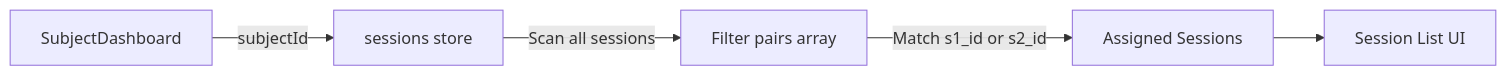
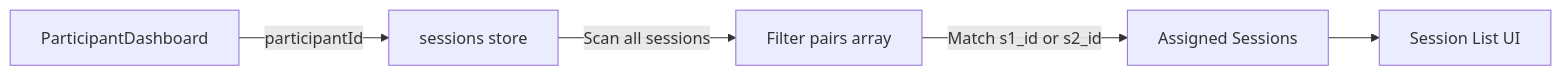
One commit to Open-Science-Blockchain-Economics/bx-hive changed the seventh of 11 diagrams in docs/reference-docs/data-architecture.md. Above: the diagram before and after it, drawn with Mermaid. The commit also changed other lines of this file and 19 other files, not shown here.

````diff
--- a/docs/reference-docs/data-architecture.md
+++ b/docs/reference-docs/data-architecture.md
@@ -461,7 +461,7 @@
 ```mermaid
 graph LR
-    A[SubjectDashboard] -->|subjectId| B[sessions store]
+    A[ParticipantDashboard] -->|participantId| B[sessions store]
     B -->|Scan all sessions| C[Filter pairs array]
     C -->|Match s1_id or s2_id| D[Assigned Sessions]
     D --> E[Session List UI]
 ```
````
